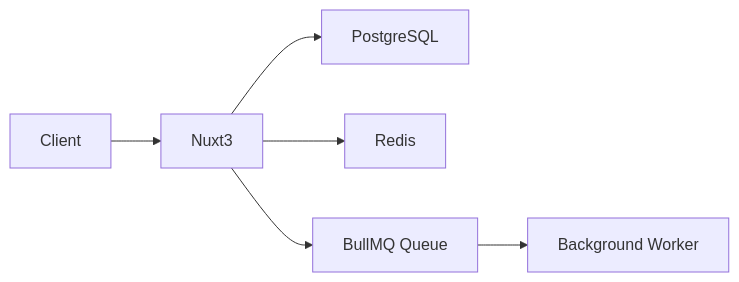
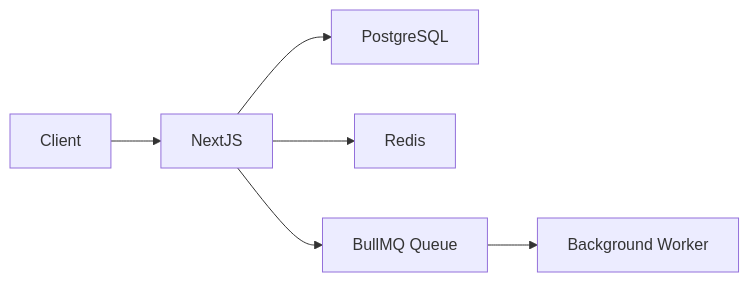
The diagram in .claude/rules/tech-stack.md (CXTNUCE98/AI-Agent-Web), drawn with Mermaid before and after one commit. The commit also changed other lines of this file and 26 other files, not shown here.

````diff
--- a/.claude/rules/tech-stack.md
+++ b/.claude/rules/tech-stack.md
@@ -422,8 +422,8 @@
 ```mermaid
 graph LR
-  Client --> Nuxt3
-  Nuxt3 --> PostgreSQL
-  Nuxt3 --> Redis
-  Nuxt3 --> Queue[BullMQ Queue]
+  Client --> NextJS
+  NextJS --> PostgreSQL
+  NextJS --> Redis
+  NextJS --> Queue[BullMQ Queue]
   Queue --> Worker[Background Worker]
 ```
````
